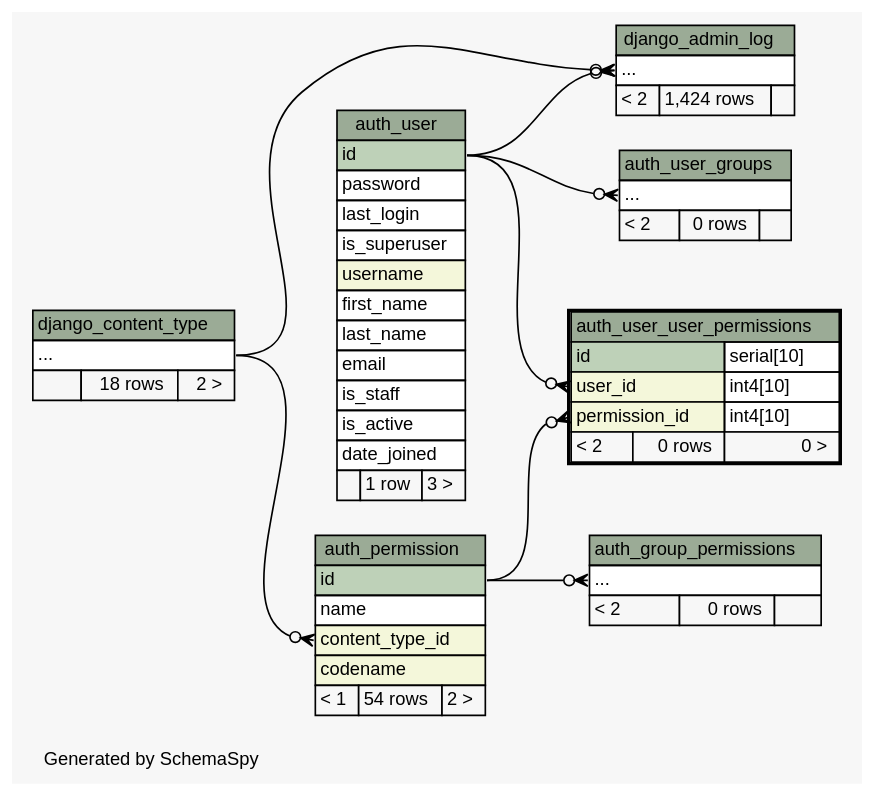
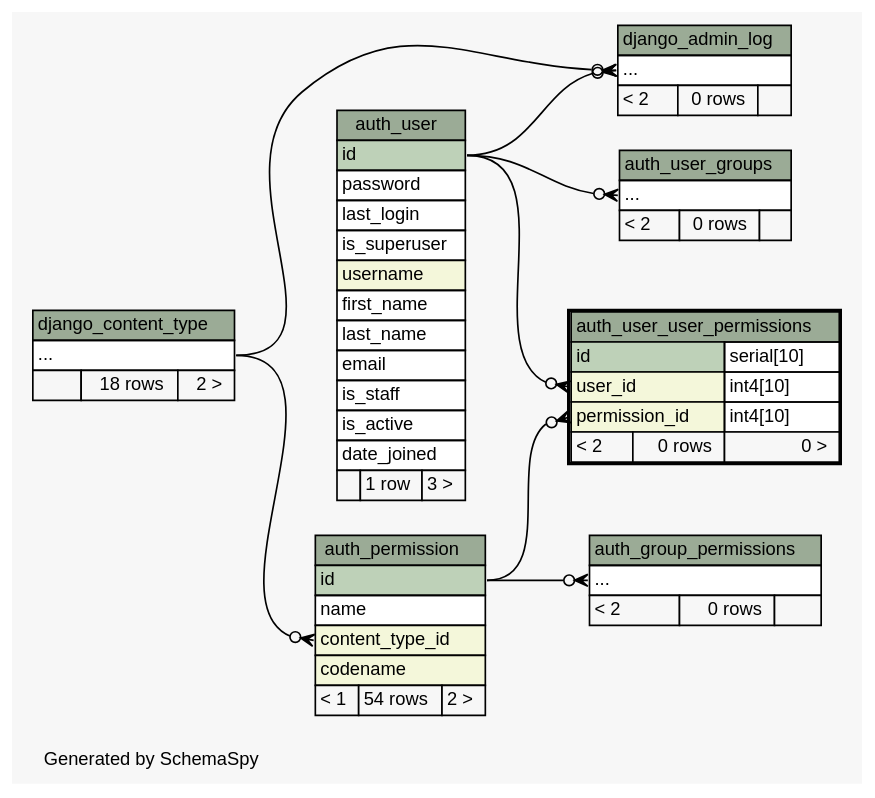
One commit to dsmurrell/smmpdb changed the diagram in schemaspy/output/diagrams/auth_user_user_permissions.2degrees.dot. Above: the diagram before and after it, drawn with Graphviz. The commit also changed 88 other files, not shown here.

```diff
--- a/schemaspy/output/diagrams/auth_user_user_permissions.2degrees.dot
+++ b/schemaspy/output/diagrams/auth_user_user_permissions.2degrees.dot
@@ -1,114 +1,114 @@
 // dot 2.30.1 on Mac OS X 10.7.5
 // SchemaSpy rev 590
 digraph "twoDegreesRelationshipsDiagram" {
   graph [
     rankdir="RL"
     bgcolor="#f7f7f7"
     label="\nGenerated by SchemaSpy"
     labeljust="l"
     nodesep="0.18"
     ranksep="0.46"
     fontname="Helvetica"
     fontsize="11"
   ];
   node [
     fontname="Helvetica"
     fontsize="11"
     shape="plaintext"
   ];
   edge [
     arrowsize="0.8"
   ];
   "auth_group_permissions":"elipses":w -> "auth_permission":"id":e [arrowhead=none dir=back arrowtail=crowodot];
   "auth_permission":"content_type_id":w -> "django_content_type":"elipses":e [arrowhead=none dir=back arrowtail=crowodot];
   "auth_user_groups":"elipses":w -> "auth_user":"id":e [arrowhead=none dir=back arrowtail=crowodot];
   "auth_user_user_permissions":"permission_id":w -> "auth_permission":"id":e [arrowhead=none dir=back arrowtail=crowodot];
   "auth_user_user_permissions":"user_id":w -> "auth_user":"id":e [arrowhead=none dir=back arrowtail=crowodot];
   "django_admin_log":"elipses":w -> "django_content_type":"elipses":e [arrowhead=none dir=back arrowtail=crowodot];
   "django_admin_log":"elipses":w -> "auth_user":"id":e [arrowhead=none dir=back arrowtail=crowodot];
   "auth_group_permissions" [
     label=<
     <TABLE BORDER="0" CELLBORDER="1" CELLSPACING="0" BGCOLOR="#ffffff">
       <TR><TD COLSPAN="3" BGCOLOR="#9bab96" ALIGN="CENTER">auth_group_permissions</TD></TR>
       <TR><TD PORT="elipses" COLSPAN="3" ALIGN="LEFT">...</TD></TR>
       <TR><TD ALIGN="LEFT" BGCOLOR="#f7f7f7">&lt; 2</TD><TD ALIGN="RIGHT" BGCOLOR="#f7f7f7">0 rows</TD><TD ALIGN="RIGHT" BGCOLOR="#f7f7f7">  </TD></TR>
     </TABLE>>
     URL="auth_group_permissions.html"
     tooltip="auth_group_permissions"
   ];
   "auth_permission" [
     label=<
     <TABLE BORDER="0" CELLBORDER="1" CELLSPACING="0" BGCOLOR="#ffffff">
       <TR><TD COLSPAN="3" BGCOLOR="#9bab96" ALIGN="CENTER">auth_permission</TD></TR>
       <TR><TD PORT="id" COLSPAN="3" BGCOLOR="#bed1b8" ALIGN="LEFT">id</TD></TR>
       <TR><TD PORT="name" COLSPAN="3" ALIGN="LEFT">name</TD></TR>
       <TR><TD PORT="content_type_id" COLSPAN="3" BGCOLOR="#f4f7da" ALIGN="LEFT">content_type_id</TD></TR>
       <TR><TD PORT="codename" COLSPAN="3" BGCOLOR="#f4f7da" ALIGN="LEFT">codename</TD></TR>
       <TR><TD ALIGN="LEFT" BGCOLOR="#f7f7f7">&lt; 1</TD><TD ALIGN="RIGHT" BGCOLOR="#f7f7f7">54 rows</TD><TD ALIGN="RIGHT" BGCOLOR="#f7f7f7">2 &gt;</TD></TR>
     </TABLE>>
     URL="auth_permission.html"
     tooltip="auth_permission"
   ];
   "auth_user" [
     label=<
     <TABLE BORDER="0" CELLBORDER="1" CELLSPACING="0" BGCOLOR="#ffffff">
       <TR><TD COLSPAN="3" BGCOLOR="#9bab96" ALIGN="CENTER">auth_user</TD></TR>
       <TR><TD PORT="id" COLSPAN="3" BGCOLOR="#bed1b8" ALIGN="LEFT">id</TD></TR>
       <TR><TD PORT="password" COLSPAN="3" ALIGN="LEFT">password</TD></TR>
       <TR><TD PORT="last_login" COLSPAN="3" ALIGN="LEFT">last_login</TD></TR>
       <TR><TD PORT="is_superuser" COLSPAN="3" ALIGN="LEFT">is_superuser</TD></TR>
       <TR><TD PORT="username" COLSPAN="3" BGCOLOR="#f4f7da" ALIGN="LEFT">username</TD></TR>
       <TR><TD PORT="first_name" COLSPAN="3" ALIGN="LEFT">first_name</TD></TR>
       <TR><TD PORT="last_name" COLSPAN="3" ALIGN="LEFT">last_name</TD></TR>
       <TR><TD PORT="email" COLSPAN="3" ALIGN="LEFT">email</TD></TR>
       <TR><TD PORT="is_staff" COLSPAN="3" ALIGN="LEFT">is_staff</TD></TR>
       <TR><TD PORT="is_active" COLSPAN="3" ALIGN="LEFT">is_active</TD></TR>
       <TR><TD PORT="date_joined" COLSPAN="3" ALIGN="LEFT">date_joined</TD></TR>
       <TR><TD ALIGN="LEFT" BGCOLOR="#f7f7f7">  </TD><TD ALIGN="RIGHT" BGCOLOR="#f7f7f7">1 row</TD><TD ALIGN="RIGHT" BGCOLOR="#f7f7f7">3 &gt;</TD></TR>
     </TABLE>>
     URL="auth_user.html"
     tooltip="auth_user"
   ];
   "auth_user_groups" [
     label=<
     <TABLE BORDER="0" CELLBORDER="1" CELLSPACING="0" BGCOLOR="#ffffff">
       <TR><TD COLSPAN="3" BGCOLOR="#9bab96" ALIGN="CENTER">auth_user_groups</TD></TR>
       <TR><TD PORT="elipses" COLSPAN="3" ALIGN="LEFT">...</TD></TR>
       <TR><TD ALIGN="LEFT" BGCOLOR="#f7f7f7">&lt; 2</TD><TD ALIGN="RIGHT" BGCOLOR="#f7f7f7">0 rows</TD><TD ALIGN="RIGHT" BGCOLOR="#f7f7f7">  </TD></TR>
     </TABLE>>
     URL="auth_user_groups.html"
     tooltip="auth_user_groups"
   ];
   "auth_user_user_permissions" [
     label=<
     <TABLE BORDER="2" CELLBORDER="1" CELLSPACING="0" BGCOLOR="#ffffff">
       <TR><TD COLSPAN="3" BGCOLOR="#9bab96" ALIGN="CENTER">auth_user_user_permissions</TD></TR>
       <TR><TD PORT="id" COLSPAN="2" BGCOLOR="#bed1b8" ALIGN="LEFT">id</TD><TD PORT="id.type" ALIGN="LEFT">serial[10]</TD></TR>
       <TR><TD PORT="user_id" COLSPAN="2" BGCOLOR="#f4f7da" ALIGN="LEFT">user_id</TD><TD PORT="user_id.type" ALIGN="LEFT">int4[10]</TD></TR>
       <TR><TD PORT="permission_id" COLSPAN="2" BGCOLOR="#f4f7da" ALIGN="LEFT">permission_id</TD><TD PORT="permission_id.type" ALIGN="LEFT">int4[10]</TD></TR>
       <TR><TD ALIGN="LEFT" BGCOLOR="#f7f7f7">&lt; 2</TD><TD ALIGN="RIGHT" BGCOLOR="#f7f7f7">0 rows</TD><TD ALIGN="RIGHT" BGCOLOR="#f7f7f7">0 &gt;</TD></TR>
     </TABLE>>
     URL="auth_user_user_permissions.html"
     tooltip="auth_user_user_permissions"
   ];
   "django_admin_log" [
     label=<
     <TABLE BORDER="0" CELLBORDER="1" CELLSPACING="0" BGCOLOR="#ffffff">
       <TR><TD COLSPAN="3" BGCOLOR="#9bab96" ALIGN="CENTER">django_admin_log</TD></TR>
       <TR><TD PORT="elipses" COLSPAN="3" ALIGN="LEFT">...</TD></TR>
-      <TR><TD ALIGN="LEFT" BGCOLOR="#f7f7f7">&lt; 2</TD><TD ALIGN="RIGHT" BGCOLOR="#f7f7f7">1,424 rows</TD><TD ALIGN="RIGHT" BGCOLOR="#f7f7f7">  </TD></TR>
+      <TR><TD ALIGN="LEFT" BGCOLOR="#f7f7f7">&lt; 2</TD><TD ALIGN="RIGHT" BGCOLOR="#f7f7f7">0 rows</TD><TD ALIGN="RIGHT" BGCOLOR="#f7f7f7">  </TD></TR>
     </TABLE>>
     URL="django_admin_log.html"
     tooltip="django_admin_log"
   ];
   "django_content_type" [
     label=<
     <TABLE BORDER="0" CELLBORDER="1" CELLSPACING="0" BGCOLOR="#ffffff">
       <TR><TD COLSPAN="3" BGCOLOR="#9bab96" ALIGN="CENTER">django_content_type</TD></TR>
       <TR><TD PORT="elipses" COLSPAN="3" ALIGN="LEFT">...</TD></TR>
       <TR><TD ALIGN="LEFT" BGCOLOR="#f7f7f7">  </TD><TD ALIGN="RIGHT" BGCOLOR="#f7f7f7">18 rows</TD><TD ALIGN="RIGHT" BGCOLOR="#f7f7f7">2 &gt;</TD></TR>
     </TABLE>>
     URL="django_content_type.html"
     tooltip="django_content_type"
   ];
 }
```
